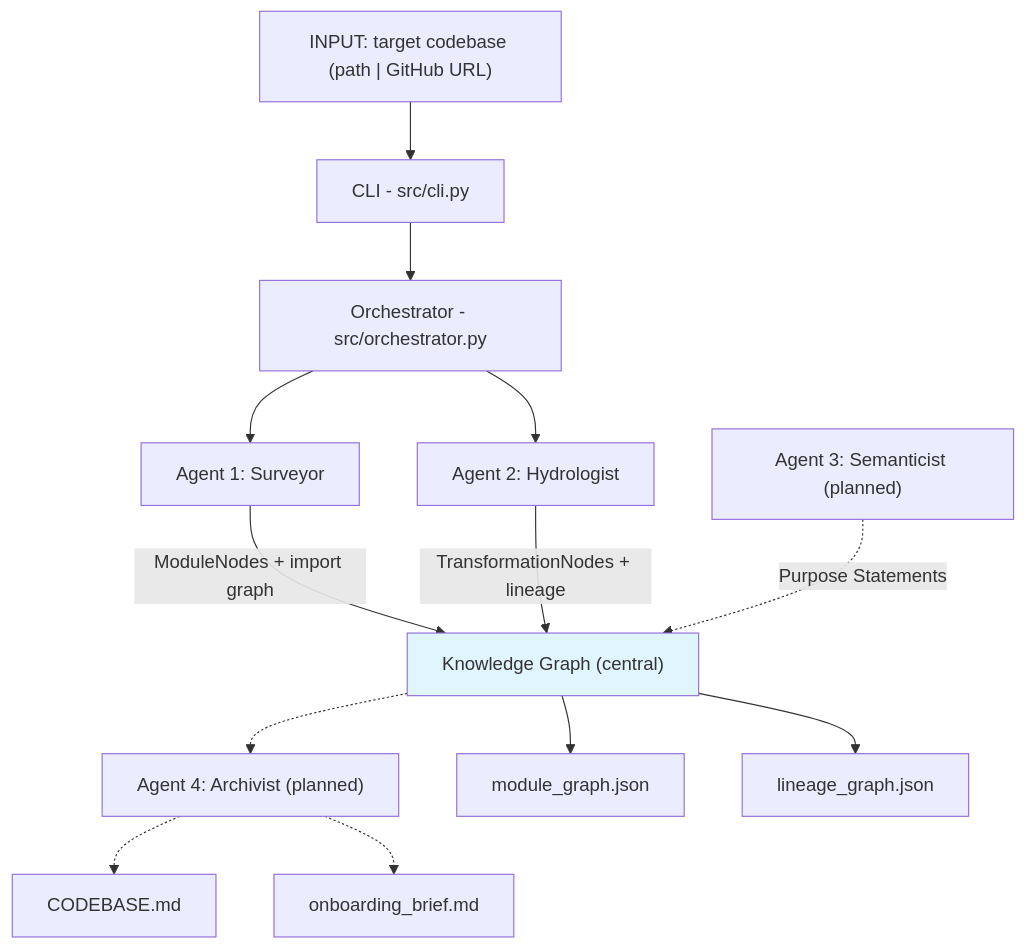
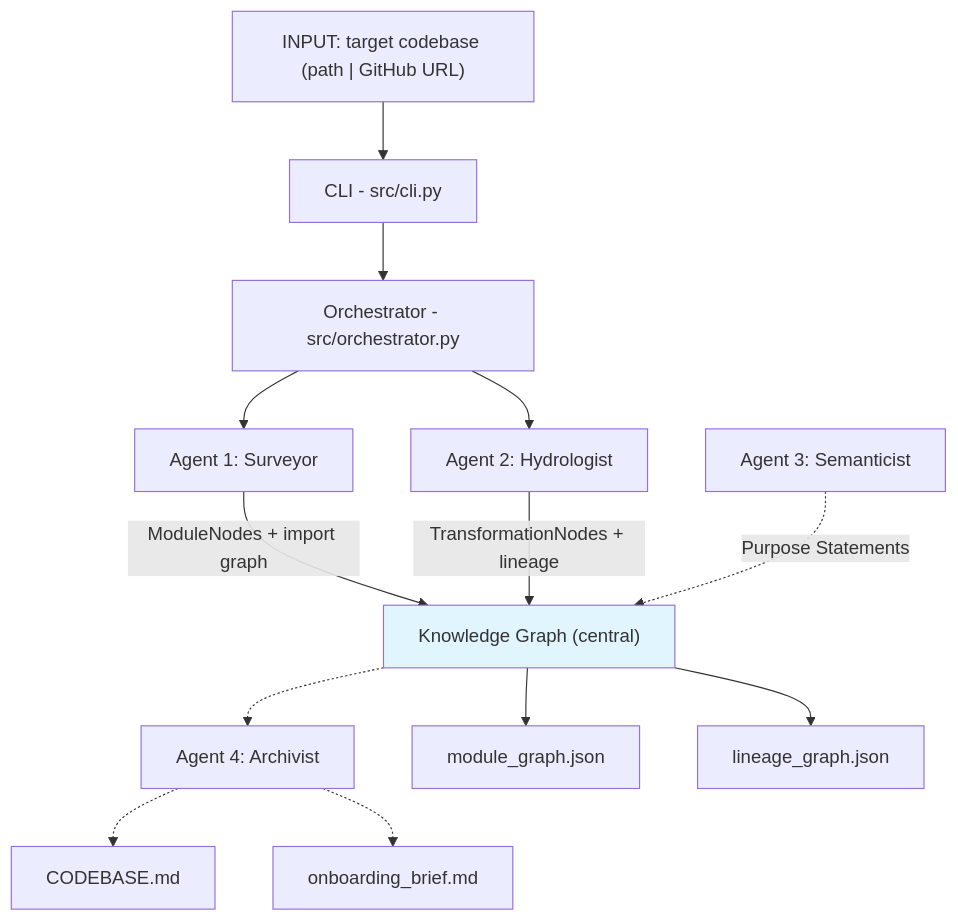
One commit to zumi123/brownfield_cartographer changed the diagram in README.md. Above: the diagram before and after it, drawn with Mermaid. The commit also changed other lines of this file and 28 other files, not shown here.

Commit message:
Add Streamlit UI, Semanticist/Archivist/Navigator, retries, jaffle_shop cartography

````diff
--- a/README.md
+++ b/README.md
@@ -7,23 +7,23 @@
 ```mermaid
 flowchart TB
     IN["INPUT: target codebase (path | GitHub URL)"]
     CLI["CLI - src/cli.py"]
     ORCH["Orchestrator - src/orchestrator.py"]
     S["Agent 1: Surveyor"]
     H["Agent 2: Hydrologist"]
     KG["Knowledge Graph (central)"]
-    SEM["Agent 3: Semanticist (planned)"]
-    ARCH["Agent 4: Archivist (planned)"]
+    SEM["Agent 3: Semanticist"]
+    ARCH["Agent 4: Archivist"]
     IN --> CLI --> ORCH
     ORCH --> S
     ORCH --> H
     S -->|ModuleNodes + import graph| KG
     H -->|TransformationNodes + lineage| KG
     SEM -.->|Purpose Statements| KG
     KG -.-> ARCH
     KG --> M["module_graph.json"]
     KG --> L["lineage_graph.json"]
     ARCH -.-> C["CODEBASE.md"]
     ARCH -.-> O["onboarding_brief.md"]
     style KG fill:#e1f5ff
 ```
````
